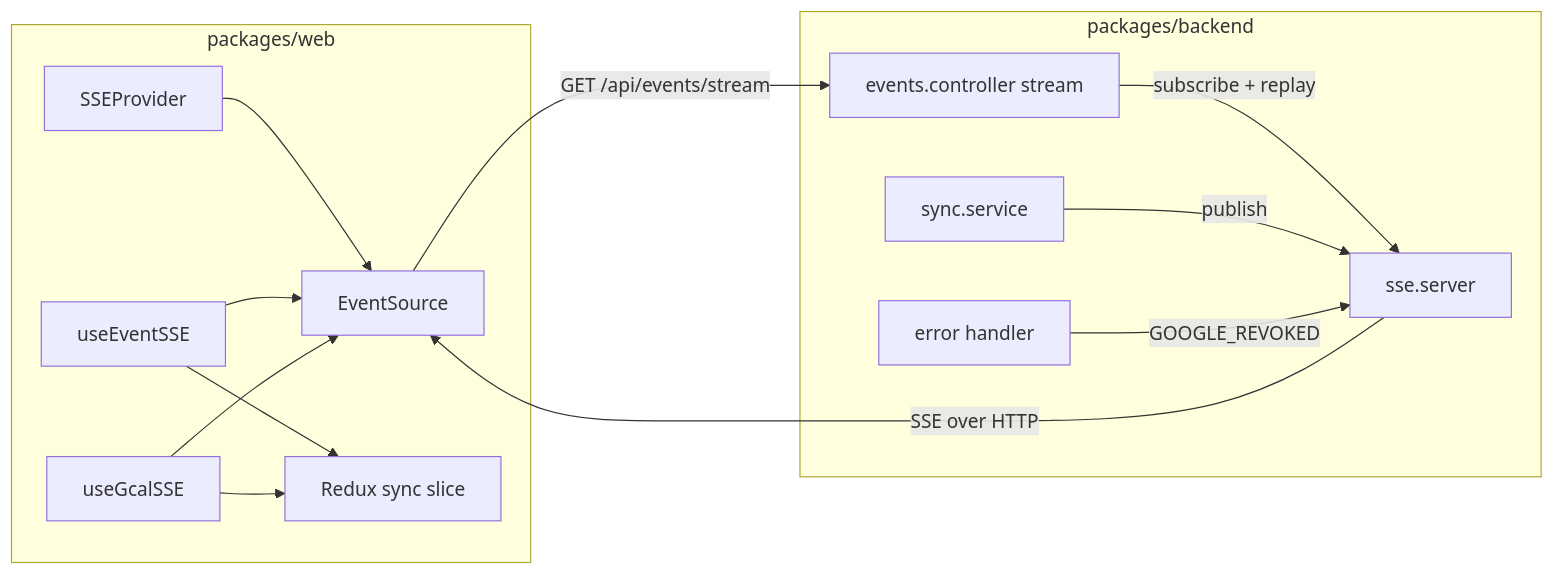
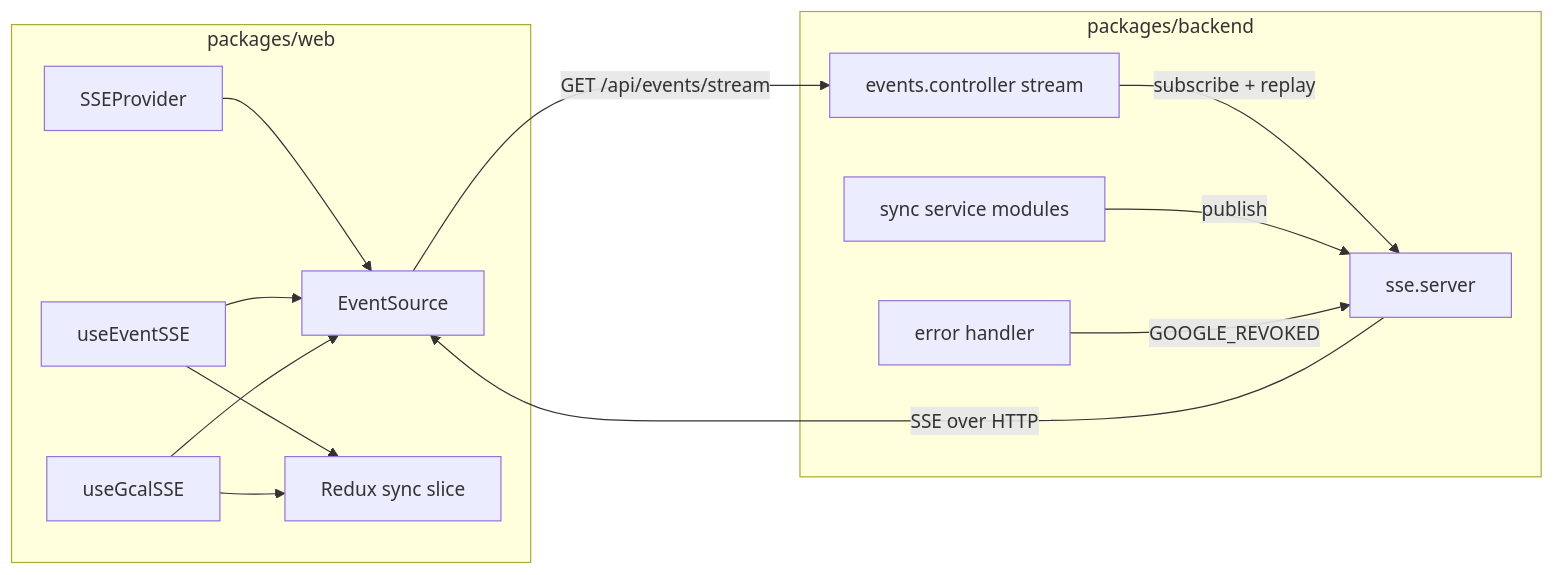
The first of 2 diagrams in docs/features/google-sync-and-sse-flow.md (SwitchbackTech/compass), drawn with Mermaid before and after one commit. The commit also changed other lines of this file and 10 other files, not shown here.

````diff
--- a/docs/features/google-sync-and-sse-flow.md
+++ b/docs/features/google-sync-and-sse-flow.md
@@ -12,26 +12,26 @@
 ```mermaid
 flowchart LR
   subgraph Web["packages/web"]
     ES[EventSource]
     Prov[SSEProvider]
     Ev[useEventSSE]
     Gc[useGcalSSE]
     Slice[Redux sync slice]
   end
   subgraph Backend["packages/backend"]
     Stream[events.controller stream]
     Srv[sse.server]
-    Sync[sync.service]
+    Sync[sync service modules]
     Err[error handler]
   end
   ES -->|GET /api/events/stream| Stream
   Stream -->|subscribe + replay| Srv
   Sync -->|publish| Srv
   Err -->|GOOGLE_REVOKED| Srv
   Srv -->|SSE over HTTP| ES
   Prov --> ES
   Ev --> ES
   Gc --> ES
   Ev --> Slice
   Gc --> Slice
 ```
````
